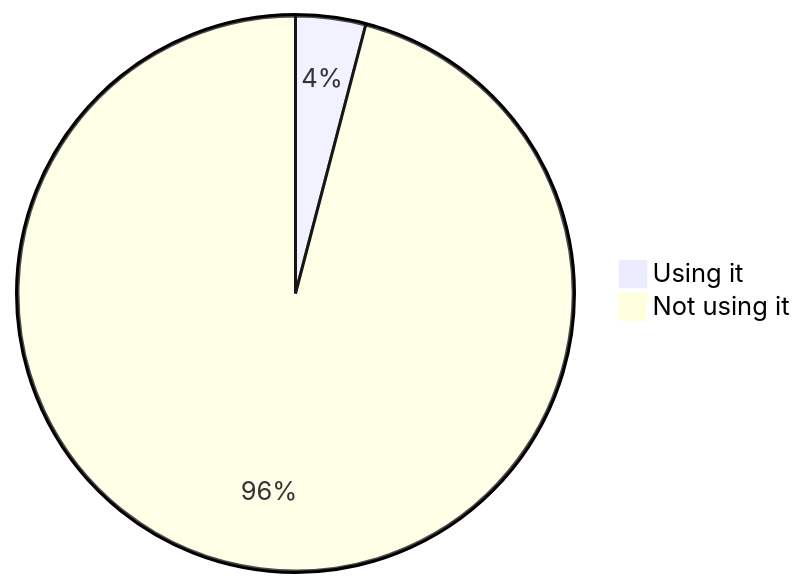
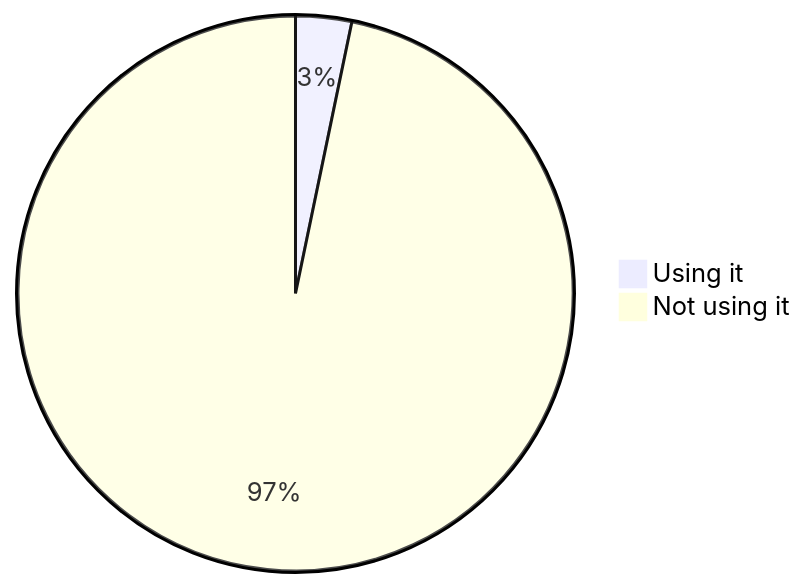
Before and after one commit to oshp/oshp-stats: diagram 11 of 22 in stats.md, drawn with Mermaid. The commit also changed other lines of this file, not shown here.

````diff
--- a/stats.md
+++ b/stats.md
@@ -130,6 +130,6 @@
 ```mermaid
 pie
-	"Using it" : 4.07
-	"Not using it" : 95.93
+	"Using it" : 3.26
+	"Not using it" : 96.74
 
 ```
````
